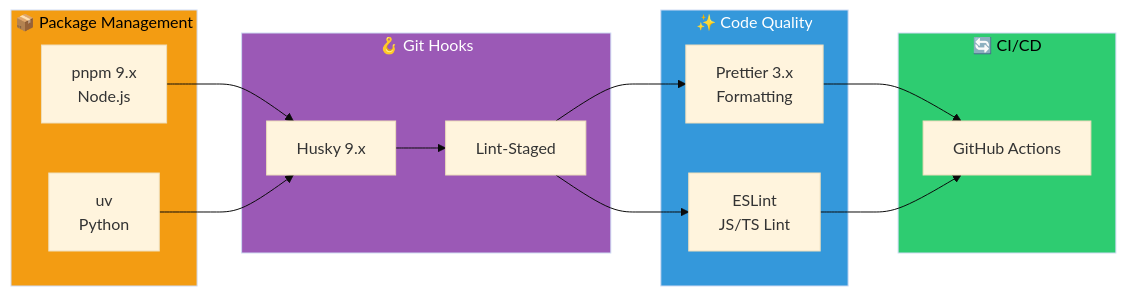
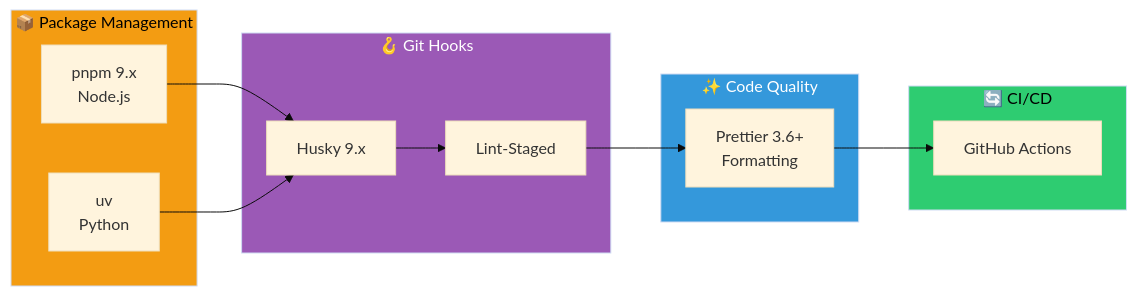
Before and after one commit to Swiftarian/CivicTech: the eighth of 10 diagrams in docs/ARCHITECTURE_EN.md, drawn with Mermaid (base theme). The commit also changed other lines of this file and 1 other file, not shown here.

````diff
--- a/docs/ARCHITECTURE_EN.md
+++ b/docs/ARCHITECTURE_EN.md
@@ -373,32 +429,31 @@
 ```mermaid
 graph LR
     subgraph PackageManagers["📦 Package Management"]
         PNPM[pnpm 9.x<br/>Node.js]
         UV[uv<br/>Python]
     end
     
     subgraph GitHooks["🪝 Git Hooks"]
         HUSKY[Husky 9.x]
         LINT_STAGED[Lint-Staged]
     end
     
     subgraph CodeQuality["✨ Code Quality"]
-        PRETTIER[Prettier 3.x<br/>Formatting]
-        ESLINT[ESLint<br/>JS/TS Lint]
+        PRETTIER[Prettier 3.6+<br/>Formatting]
     end
     
     subgraph CI["🔄 CI/CD"]
         GITHUB[GitHub Actions]
     end
     
     PNPM --> HUSKY
     UV --> HUSKY
     HUSKY --> LINT_STAGED
-    LINT_STAGED --> PRETTIER & ESLINT
-    PRETTIER & ESLINT --> GITHUB
+    LINT_STAGED --> PRETTIER
+    PRETTIER --> GITHUB
     
     style PackageManagers fill:#f39c12,color:#000
     style GitHooks fill:#9b59b6,color:#fff
     style CodeQuality fill:#3498db,color:#fff
     style CI fill:#2ecc71,color:#000
 ```
````
